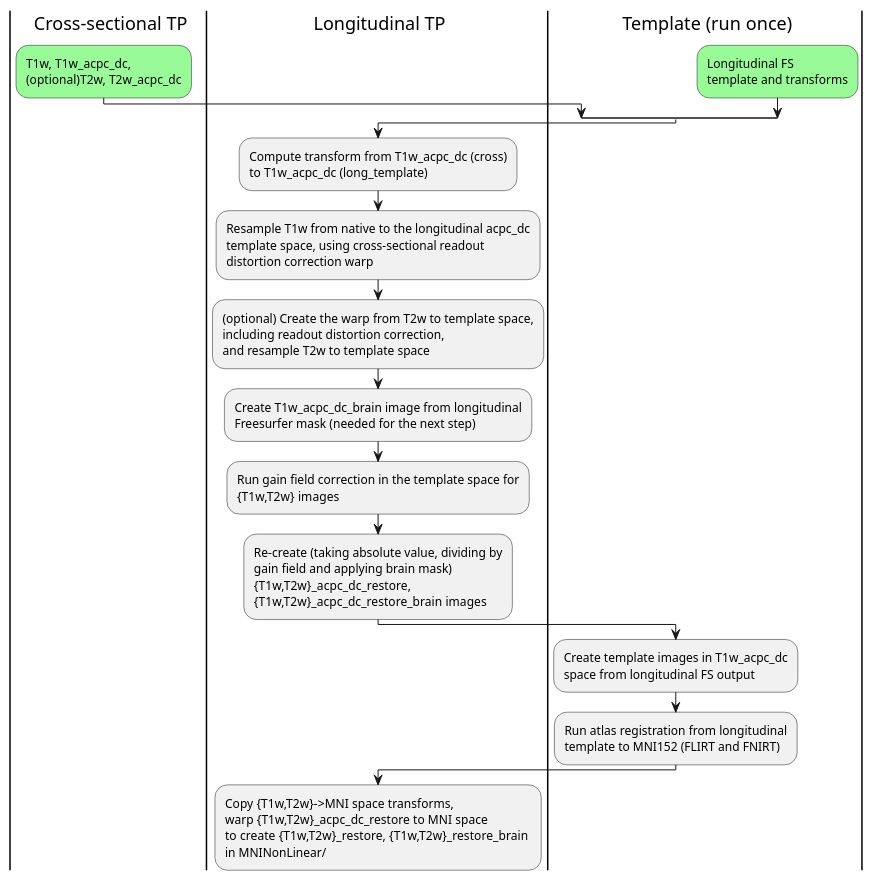
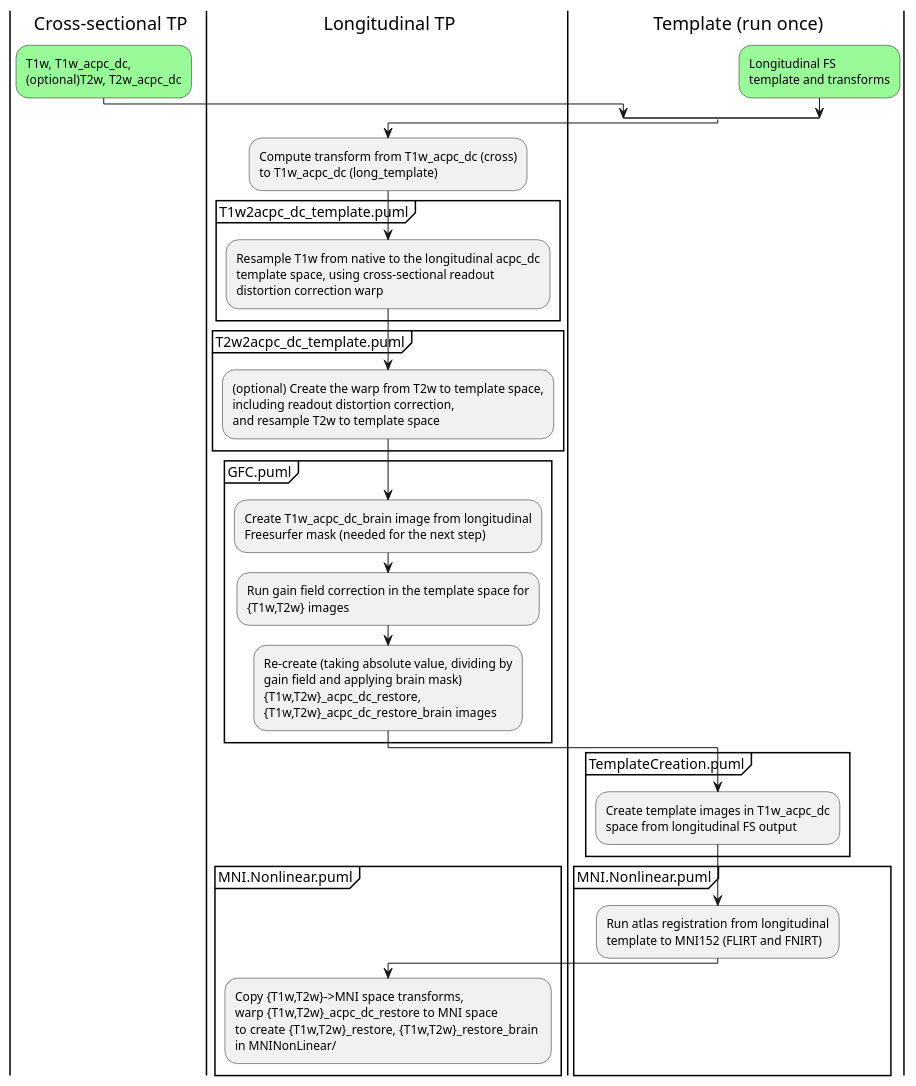
Before and after one commit to Washington-University/HCPpipelines: the diagram in docs/diagrams/src/PrePostFreesurferPipeline-long.GeneralScheme.puml, drawn with PlantUML. The commit also changed 2 other files, not shown here.

```diff
--- a/docs/diagrams/src/PrePostFreesurferPipeline-long.GeneralScheme.puml
+++ b/docs/diagrams/src/PrePostFreesurferPipeline-long.GeneralScheme.puml
@@ -1,46 +1,55 @@
 @startuml PrePostFreesurferPipeline-long general scheme
 
 |c| Cross-sectional TP
 |p| Longitudinal TP
 |t| Template (run once)
 
 |c|
 split
 -[hidden]->
 #palegreen:T1w, T1w_acpc_dc,
 (optional)T2w, T2w_acpc_dc;
 split again
 |t|
 -[hidden]->
 #palegreen:Longitudinal FS
 template and transforms;
 end split
 |p|
 :Compute transform from T1w_acpc_dc (cross) 
 to T1w_acpc_dc (long_template);
-
+group T1w2acpc_dc_template.puml
 :Resample T1w from native to the longitudinal acpc_dc 
 template space, using cross-sectional readout 
 distortion correction warp;
+end group
+group T2w2acpc_dc_template.puml
 :(optional) Create the warp from T2w to template space, 
 including readout distortion correction, 
 and resample T2w to template space;
+end group
+group GFC.puml
 :Create T1w_acpc_dc_brain image from longitudinal 
 Freesurfer mask (needed for the next step);
 :Run gain field correction in the template space for 
 {T1w,T2w} images;
 :Re-create (taking absolute value, dividing by 
 gain field and applying brain mask)
 {T1w,T2w}_acpc_dc_restore, 
 {T1w,T2w}_acpc_dc_restore_brain images;
+end group
 |t|
+group TemplateCreation.puml
 :Create template images in T1w_acpc_dc 
 space from longitudinal FS output;
+end group
+group MNI.Nonlinear.puml
 :Run atlas registration from longitudinal
 template to MNI152 (FLIRT and FNIRT);
 |p|
 :Copy {T1w,T2w}->MNI space transforms,
 warp {T1w,T2w}_acpc_dc_restore to MNI space
 to create {T1w,T2w}_restore, {T1w,T2w}_restore_brain 
 in MNINonLinear/;
+end group
 @enduml
```
